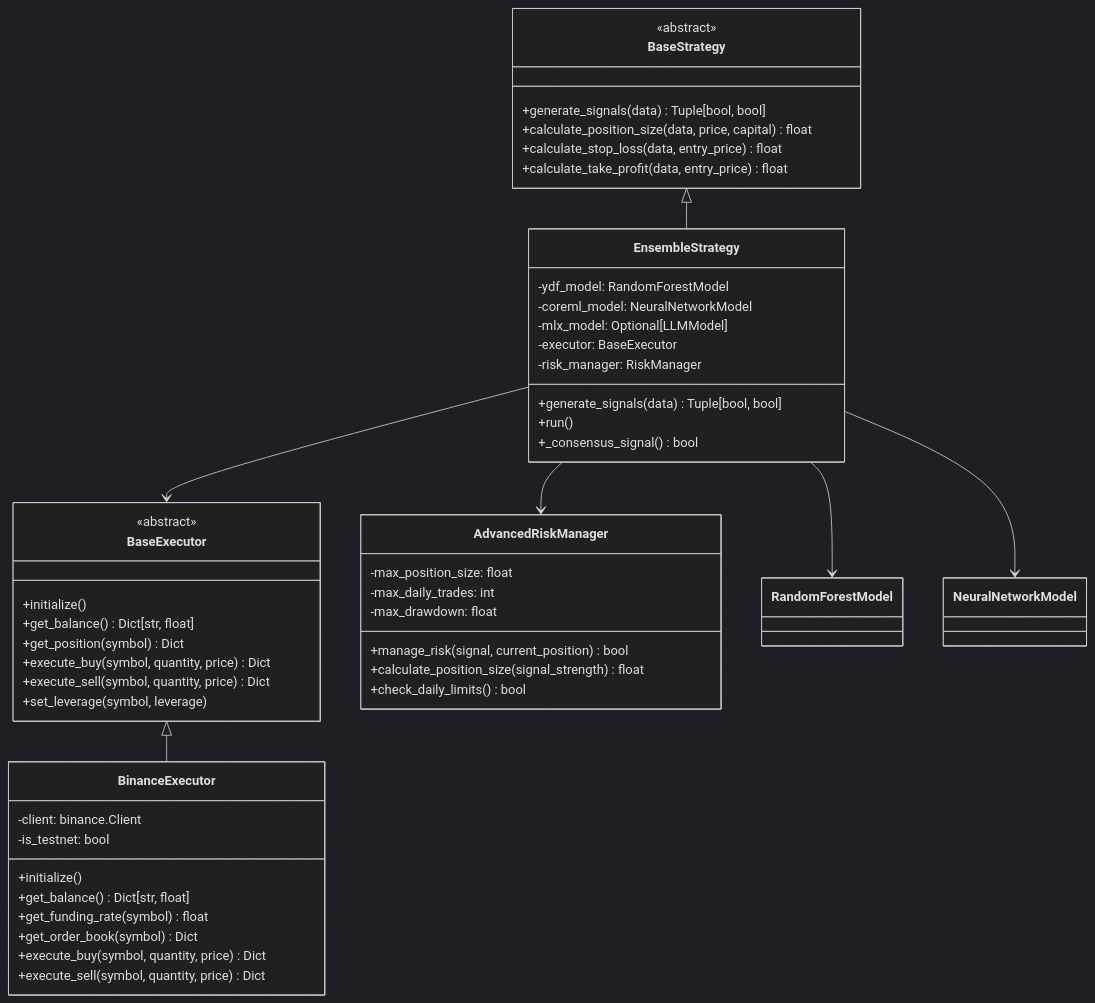
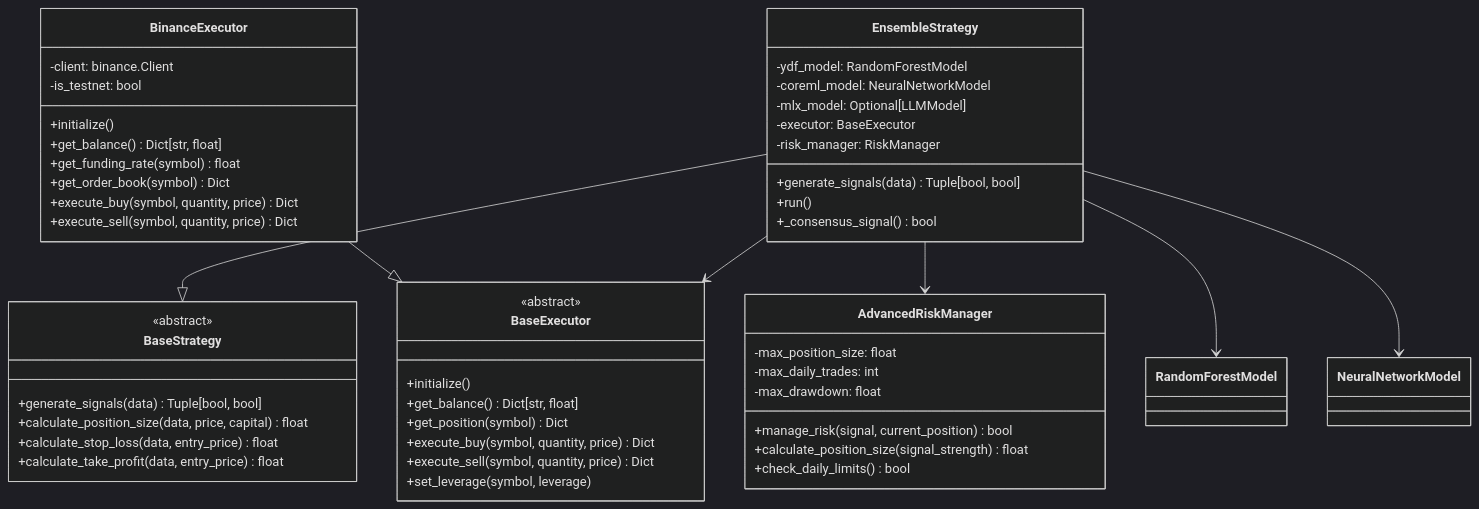
One commit to cluster2600/ELVIS changed the third of 6 diagrams in README.md. Above: the diagram before and after it, drawn with Mermaid (dark theme). The commit also changed other lines of this file and 2 other files, not shown here.

````diff
--- a/README.md
+++ b/README.md
@@ -197,59 +197,59 @@
 ```mermaid
 classDiagram
     class BaseStrategy {
         <<abstract>>
         +generate_signals(data) Tuple[bool, bool]
         +calculate_position_size(data, price, capital) float
         +calculate_stop_loss(data, entry_price) float
         +calculate_take_profit(data, entry_price) float
     }
     
     class EnsembleStrategy {
         -ydf_model: RandomForestModel
         -coreml_model: NeuralNetworkModel
         -mlx_model: Optional[LLMModel]
         -executor: BaseExecutor
         -risk_manager: RiskManager
         +generate_signals(data) Tuple[bool, bool]
         +run()
         +_consensus_signal() bool
     }
     
     class BaseExecutor {
         <<abstract>>
         +initialize()
         +get_balance() Dict[str, float]
         +get_position(symbol) Dict
         +execute_buy(symbol, quantity, price) Dict
         +execute_sell(symbol, quantity, price) Dict
         +set_leverage(symbol, leverage)
     }
     
     class BinanceExecutor {
         -client: binance.Client
         -is_testnet: bool
         +initialize()
         +get_balance() Dict[str, float]
         +get_funding_rate(symbol) float
         +get_order_book(symbol) Dict
         +execute_buy(symbol, quantity, price) Dict
         +execute_sell(symbol, quantity, price) Dict
     }
     
     class AdvancedRiskManager {
         -max_position_size: float
         -max_daily_trades: int
         -max_drawdown: float
         +manage_risk(signal, current_position) bool
         +calculate_position_size(signal_strength) float
         +check_daily_limits() bool
     }
     
-    BaseStrategy <|-- EnsembleStrategy
-    BaseExecutor <|-- BinanceExecutor
+    EnsembleStrategy --|> BaseStrategy
+    BinanceExecutor --|> BaseExecutor
     
     EnsembleStrategy --> BaseExecutor
     EnsembleStrategy --> AdvancedRiskManager
     EnsembleStrategy --> RandomForestModel
     EnsembleStrategy --> NeuralNetworkModel
 ```
````
